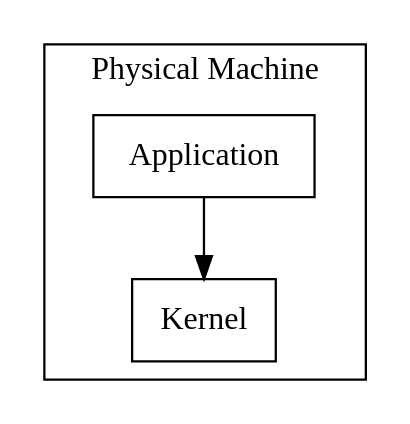
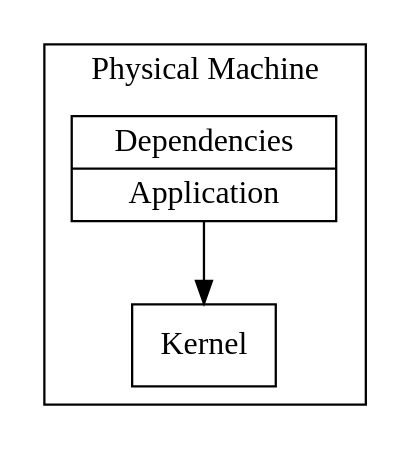
Before and after one commit to ereslibre/applications-in-a-cloud-native-world: the first of 5 diagrams in src/deployment.md, drawn with Graphviz. The commit also changed other lines of this file and 1 other file, not shown here.

Commit message:
Improve diagrams

````diff
--- a/src/deployment.md
+++ b/src/deployment.md
@@ -23,10 +23,10 @@
 ```dot process
 digraph D {
   subgraph cluster_p {
     label = "Physical Machine";
     Kernel[shape=box];
-    Application[shape=box];
+    Application[shape=record,label="{ Dependencies | Application }"];
     Application -> Kernel;
   }
 }
 ```
````
